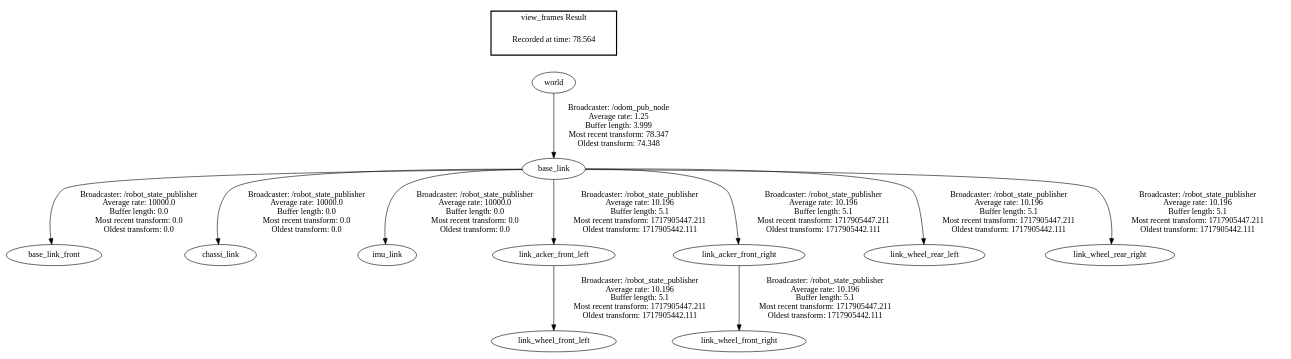
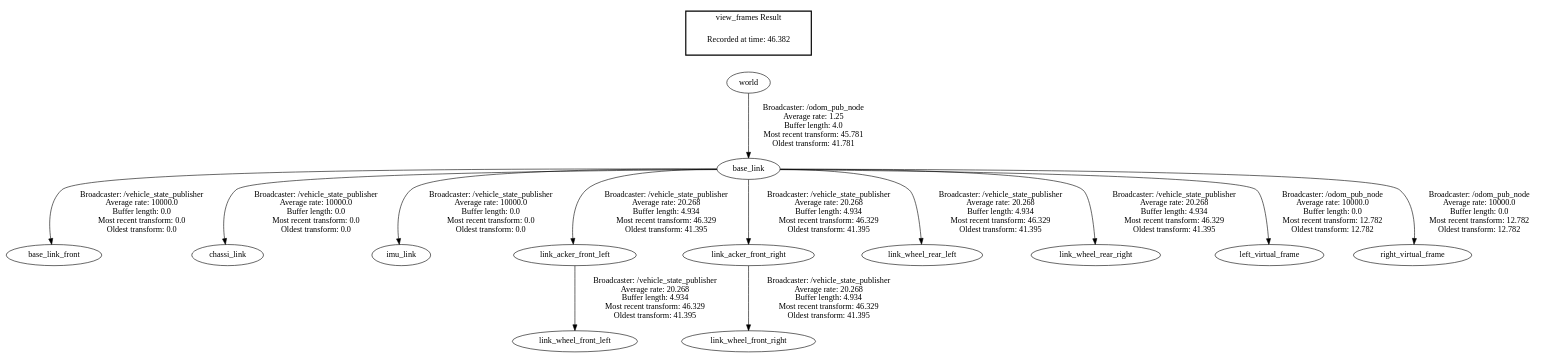
The diagram in Programação/RPi4/catkin_ws/frames.gv (Grupo-SEMEAR-USP/Trekking_2024), drawn with Graphviz before and after one commit. The commit also changed 24 other files, not shown here.

```diff
--- a/Programação/RPi4/catkin_ws/frames.gv
+++ b/Programação/RPi4/catkin_ws/frames.gv
@@ -1,16 +1,18 @@
 digraph G {
-"base_link" -> "base_link_front"[label=" Broadcaster: /robot_state_publisher\nAverage rate: 10000.0\nBuffer length: 0.0\nMost recent transform: 0.0\nOldest transform: 0.0\n"];
-"world" -> "base_link"[label=" Broadcaster: /odom_pub_node\nAverage rate: 1.25\nBuffer length: 3.999\nMost recent transform: 78.347\nOldest transform: 74.348\n"];
-"base_link" -> "chassi_link"[label=" Broadcaster: /robot_state_publisher\nAverage rate: 10000.0\nBuffer length: 0.0\nMost recent transform: 0.0\nOldest transform: 0.0\n"];
-"base_link" -> "imu_link"[label=" Broadcaster: /robot_state_publisher\nAverage rate: 10000.0\nBuffer length: 0.0\nMost recent transform: 0.0\nOldest transform: 0.0\n"];
-"base_link" -> "link_acker_front_left"[label=" Broadcaster: /robot_state_publisher\nAverage rate: 10.196\nBuffer length: 5.1\nMost recent transform: 1717905447.211\nOldest transform: 1717905442.111\n"];
-"base_link" -> "link_acker_front_right"[label=" Broadcaster: /robot_state_publisher\nAverage rate: 10.196\nBuffer length: 5.1\nMost recent transform: 1717905447.211\nOldest transform: 1717905442.111\n"];
-"link_acker_front_left" -> "link_wheel_front_left"[label=" Broadcaster: /robot_state_publisher\nAverage rate: 10.196\nBuffer length: 5.1\nMost recent transform: 1717905447.211\nOldest transform: 1717905442.111\n"];
-"link_acker_front_right" -> "link_wheel_front_right"[label=" Broadcaster: /robot_state_publisher\nAverage rate: 10.196\nBuffer length: 5.1\nMost recent transform: 1717905447.211\nOldest transform: 1717905442.111\n"];
-"base_link" -> "link_wheel_rear_left"[label=" Broadcaster: /robot_state_publisher\nAverage rate: 10.196\nBuffer length: 5.1\nMost recent transform: 1717905447.211\nOldest transform: 1717905442.111\n"];
-"base_link" -> "link_wheel_rear_right"[label=" Broadcaster: /robot_state_publisher\nAverage rate: 10.196\nBuffer length: 5.1\nMost recent transform: 1717905447.211\nOldest transform: 1717905442.111\n"];
+"base_link" -> "base_link_front"[label=" Broadcaster: /vehicle_state_publisher\nAverage rate: 10000.0\nBuffer length: 0.0\nMost recent transform: 0.0\nOldest transform: 0.0\n"];
+"world" -> "base_link"[label=" Broadcaster: /odom_pub_node\nAverage rate: 1.25\nBuffer length: 4.0\nMost recent transform: 45.781\nOldest transform: 41.781\n"];
+"base_link" -> "chassi_link"[label=" Broadcaster: /vehicle_state_publisher\nAverage rate: 10000.0\nBuffer length: 0.0\nMost recent transform: 0.0\nOldest transform: 0.0\n"];
+"base_link" -> "imu_link"[label=" Broadcaster: /vehicle_state_publisher\nAverage rate: 10000.0\nBuffer length: 0.0\nMost recent transform: 0.0\nOldest transform: 0.0\n"];
+"base_link" -> "link_acker_front_left"[label=" Broadcaster: /vehicle_state_publisher\nAverage rate: 20.268\nBuffer length: 4.934\nMost recent transform: 46.329\nOldest transform: 41.395\n"];
+"base_link" -> "link_acker_front_right"[label=" Broadcaster: /vehicle_state_publisher\nAverage rate: 20.268\nBuffer length: 4.934\nMost recent transform: 46.329\nOldest transform: 41.395\n"];
+"link_acker_front_left" -> "link_wheel_front_left"[label=" Broadcaster: /vehicle_state_publisher\nAverage rate: 20.268\nBuffer length: 4.934\nMost recent transform: 46.329\nOldest transform: 41.395\n"];
+"link_acker_front_right" -> "link_wheel_front_right"[label=" Broadcaster: /vehicle_state_publisher\nAverage rate: 20.268\nBuffer length: 4.934\nMost recent transform: 46.329\nOldest transform: 41.395\n"];
+"base_link" -> "link_wheel_rear_left"[label=" Broadcaster: /vehicle_state_publisher\nAverage rate: 20.268\nBuffer length: 4.934\nMost recent transform: 46.329\nOldest transform: 41.395\n"];
+"base_link" -> "link_wheel_rear_right"[label=" Broadcaster: /vehicle_state_publisher\nAverage rate: 20.268\nBuffer length: 4.934\nMost recent transform: 46.329\nOldest transform: 41.395\n"];
+"base_link" -> "left_virtual_frame"[label=" Broadcaster: /odom_pub_node\nAverage rate: 10000.0\nBuffer length: 0.0\nMost recent transform: 12.782\nOldest transform: 12.782\n"];
+"base_link" -> "right_virtual_frame"[label=" Broadcaster: /odom_pub_node\nAverage rate: 10000.0\nBuffer length: 0.0\nMost recent transform: 12.782\nOldest transform: 12.782\n"];
 edge [style=invis];
  subgraph cluster_legend { style=bold; color=black; label ="view_frames Result";
-"Recorded at time: 78.564"[ shape=plaintext ] ;
+"Recorded at time: 46.382"[ shape=plaintext ] ;
 }->"world";
 }
```
